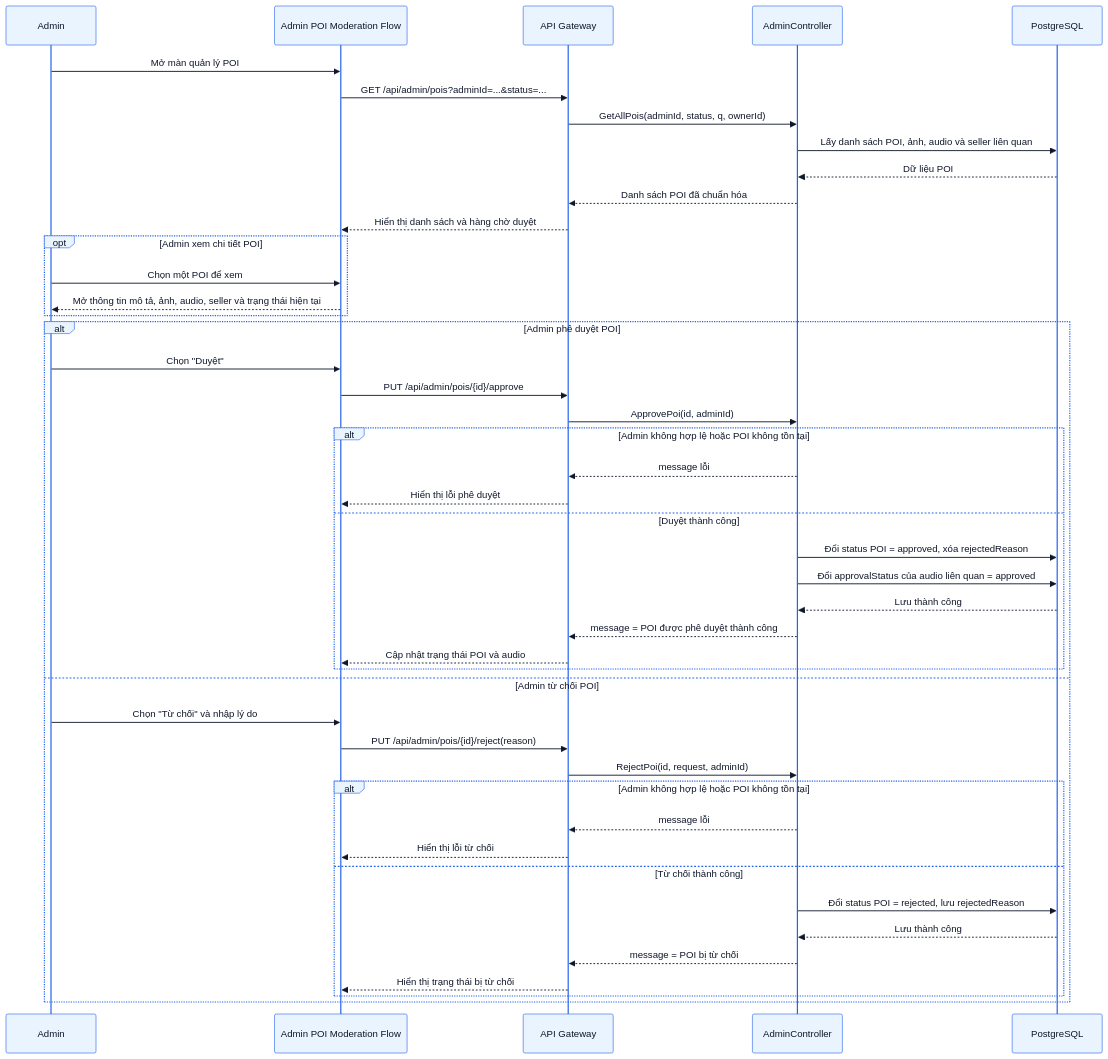
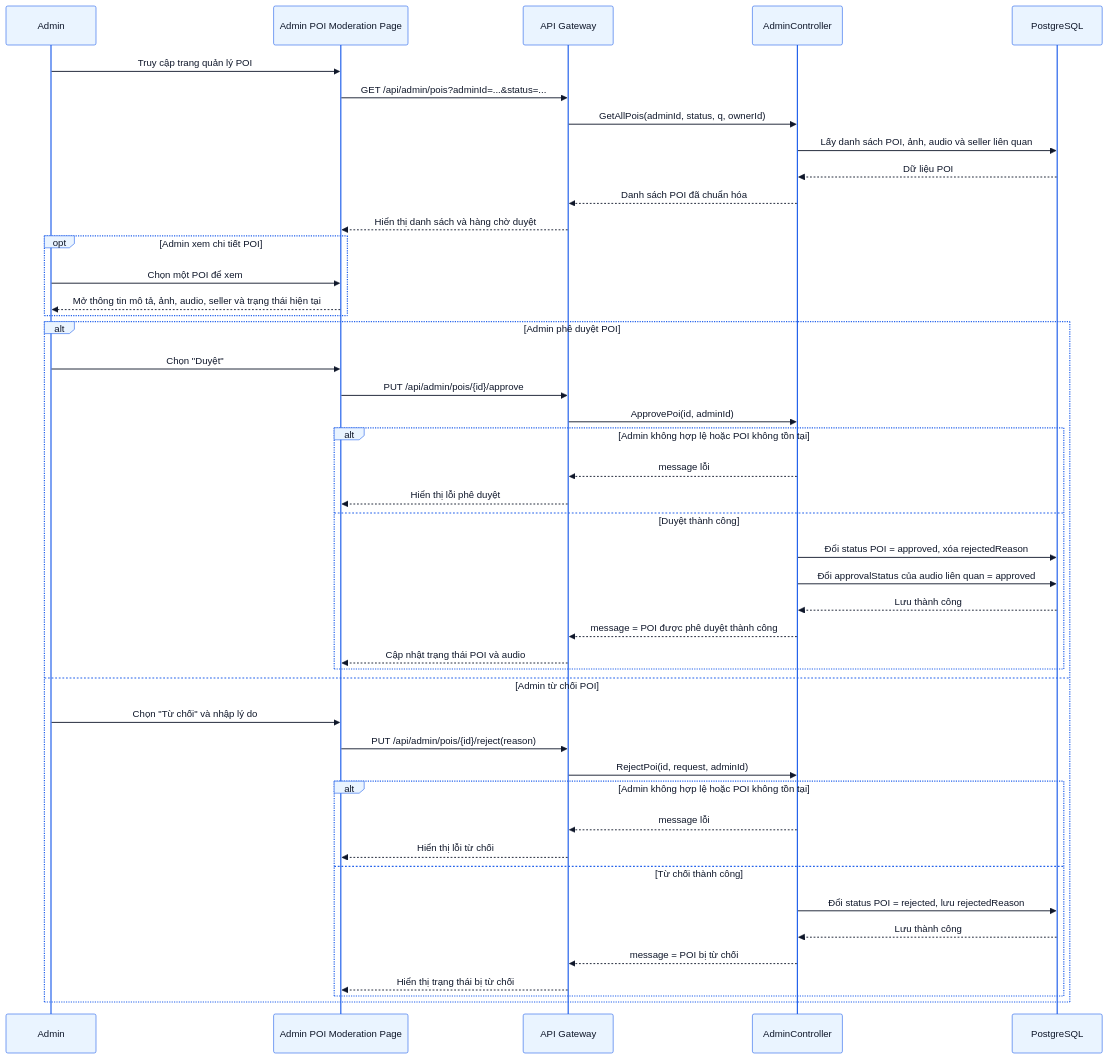
Before and after one commit to thaiquanghieu/smart-guide-system: diagram 15 of 36 in docs/PRD.md, drawn with Mermaid. The commit also changed other lines of this file and 18 other files, not shown here.

Commit message:
docs: update PRD and diagrams

````diff
--- a/docs/PRD.md
+++ b/docs/PRD.md
@@ -1699,68 +1817,68 @@
 ```mermaid
 %%{init: {
   "theme": "base",
   "themeVariables": {
     "primaryColor": "#EAF4FF",
     "primaryBorderColor": "#2563EB",
     "primaryTextColor": "#0F172A",
     "lineColor": "#2563EB",
     "secondaryColor": "#DBEAFE",
     "tertiaryColor": "#F8FBFF",
     "noteBkgColor": "#EFF6FF",
     "noteBorderColor": "#3B82F6",
     "activationBorderColor": "#2563EB",
     "activationBkgColor": "#DBEAFE",
     "sequenceNumberColor": "#0F172A"
   }
 }}%%
 sequenceDiagram
     participant Admin as Admin
-    participant AdminPoisPage as Admin POI Moderation Flow
+    participant AdminPoisPage as Admin POI Moderation Page
     participant API as API Gateway
     participant AdminCtl as AdminController
     participant DB as PostgreSQL
 
-    Admin ->> AdminPoisPage: Mở màn quản lý POI
+    Admin ->> AdminPoisPage: Truy cập trang quản lý POI
     AdminPoisPage ->> API: GET /api/admin/pois?adminId=...&status=...
     API ->> AdminCtl: GetAllPois(adminId, status, q, ownerId)
     AdminCtl ->> DB: Lấy danh sách POI, ảnh, audio và seller liên quan
     DB -->> AdminCtl: Dữ liệu POI
     AdminCtl -->> API: Danh sách POI đã chuẩn hóa
     API -->> AdminPoisPage: Hiển thị danh sách và hàng chờ duyệt
 
     opt Admin xem chi tiết POI
         Admin ->> AdminPoisPage: Chọn một POI để xem
         AdminPoisPage -->> Admin: Mở thông tin mô tả, ảnh, audio, seller và trạng thái hiện tại
     end
 
     alt Admin phê duyệt POI
         Admin ->> AdminPoisPage: Chọn "Duyệt"
         AdminPoisPage ->> API: PUT /api/admin/pois/{id}/approve
         API ->> AdminCtl: ApprovePoi(id, adminId)
 
         alt Admin không hợp lệ hoặc POI không tồn tại
             AdminCtl -->> API: message lỗi
             API -->> AdminPoisPage: Hiển thị lỗi phê duyệt
         else Duyệt thành công
             AdminCtl ->> DB: Đổi status POI = approved, xóa rejectedReason
             AdminCtl ->> DB: Đổi approvalStatus của audio liên quan = approved
             DB -->> AdminCtl: Lưu thành công
             AdminCtl -->> API: message = POI được phê duyệt thành công
             API -->> AdminPoisPage: Cập nhật trạng thái POI và audio
         end
     else Admin từ chối POI
         Admin ->> AdminPoisPage: Chọn "Từ chối" và nhập lý do
         AdminPoisPage ->> API: PUT /api/admin/pois/{id}/reject(reason)
         API ->> AdminCtl: RejectPoi(id, request, adminId)
 
         alt Admin không hợp lệ hoặc POI không tồn tại
             AdminCtl -->> API: message lỗi
             API -->> AdminPoisPage: Hiển thị lỗi từ chối
         else Từ chối thành công
             AdminCtl ->> DB: Đổi status POI = rejected, lưu rejectedReason
             DB -->> AdminCtl: Lưu thành công
             AdminCtl -->> API: message = POI bị từ chối
             API -->> AdminPoisPage: Hiển thị trạng thái bị từ chối
         end
     end
 ```
````
